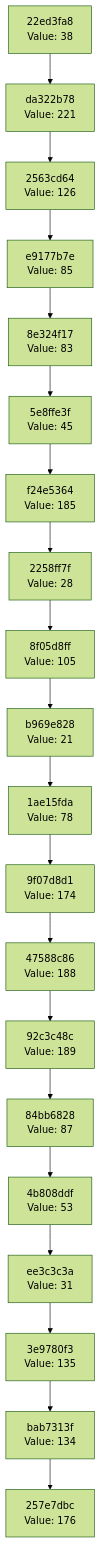
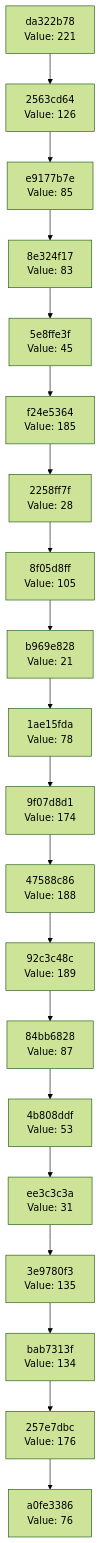
One commit to Abhisheksinha1506/hash-chain-evolver changed the diagram in docs/CHAIN_VISUALIZATION.md. Above: the diagram before and after it, drawn with Mermaid (forest theme). The commit also changed 2 other files, not shown here.

Commit message:
Evolution step: hash 0x4C → action executed

````diff
--- a/docs/CHAIN_VISUALIZATION.md
+++ b/docs/CHAIN_VISUALIZATION.md
@@ -3,42 +3,42 @@
 ```mermaid
 graph TD
-    C0["257e7dbc<br/>Value: 176"]
-    C1["bab7313f<br/>Value: 134"]
+    C0["a0fe3386<br/>Value: 76"]
+    C1["257e7dbc<br/>Value: 176"]
     C1 --> C0
-    C2["3e9780f3<br/>Value: 135"]
+    C2["bab7313f<br/>Value: 134"]
     C2 --> C1
-    C3["ee3c3c3a<br/>Value: 31"]
+    C3["3e9780f3<br/>Value: 135"]
     C3 --> C2
-    C4["4b808ddf<br/>Value: 53"]
+    C4["ee3c3c3a<br/>Value: 31"]
     C4 --> C3
-    C5["84bb6828<br/>Value: 87"]
+    C5["4b808ddf<br/>Value: 53"]
     C5 --> C4
-    C6["92c3c48c<br/>Value: 189"]
+    C6["84bb6828<br/>Value: 87"]
     C6 --> C5
-    C7["47588c86<br/>Value: 188"]
+    C7["92c3c48c<br/>Value: 189"]
     C7 --> C6
-    C8["9f07d8d1<br/>Value: 174"]
+    C8["47588c86<br/>Value: 188"]
     C8 --> C7
-    C9["1ae15fda<br/>Value: 78"]
+    C9["9f07d8d1<br/>Value: 174"]
     C9 --> C8
-    C10["b969e828<br/>Value: 21"]
+    C10["1ae15fda<br/>Value: 78"]
     C10 --> C9
-    C11["8f05d8ff<br/>Value: 105"]
+    C11["b969e828<br/>Value: 21"]
     C11 --> C10
-    C12["2258ff7f<br/>Value: 28"]
+    C12["8f05d8ff<br/>Value: 105"]
     C12 --> C11
-    C13["f24e5364<br/>Value: 185"]
+    C13["2258ff7f<br/>Value: 28"]
     C13 --> C12
-    C14["5e8ffe3f<br/>Value: 45"]
+    C14["f24e5364<br/>Value: 185"]
     C14 --> C13
-    C15["8e324f17<br/>Value: 83"]
+    C15["5e8ffe3f<br/>Value: 45"]
     C15 --> C14
-    C16["e9177b7e<br/>Value: 85"]
+    C16["8e324f17<br/>Value: 83"]
     C16 --> C15
-    C17["2563cd64<br/>Value: 126"]
+    C17["e9177b7e<br/>Value: 85"]
     C17 --> C16
-    C18["da322b78<br/>Value: 221"]
+    C18["2563cd64<br/>Value: 126"]
     C18 --> C17
-    C19["22ed3fa8<br/>Value: 38"]
+    C19["da322b78<br/>Value: 221"]
     C19 --> C18
 ```
````
